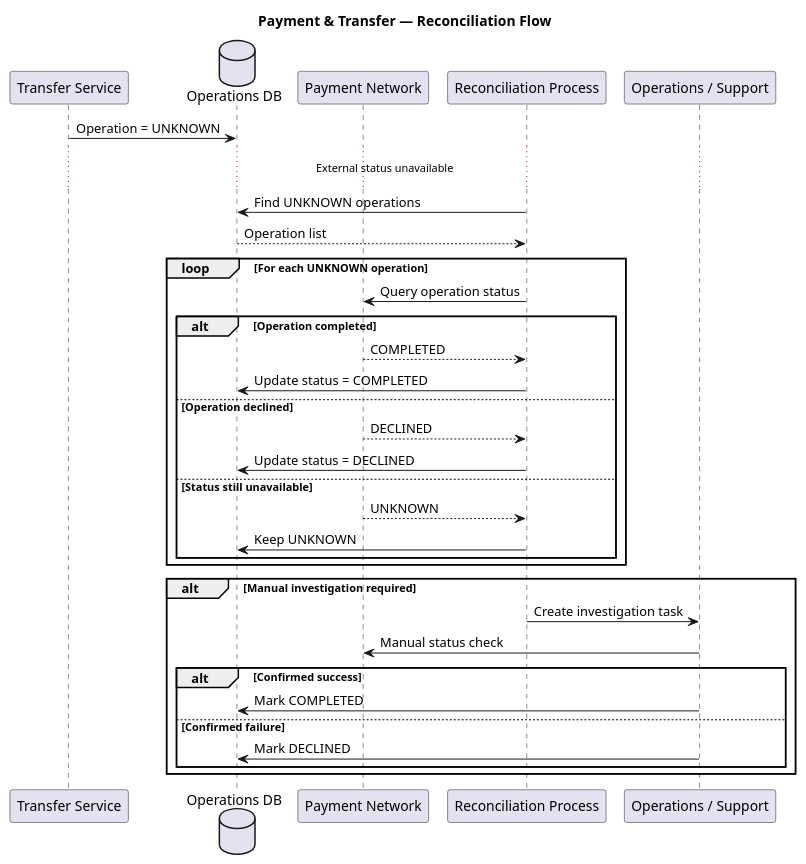
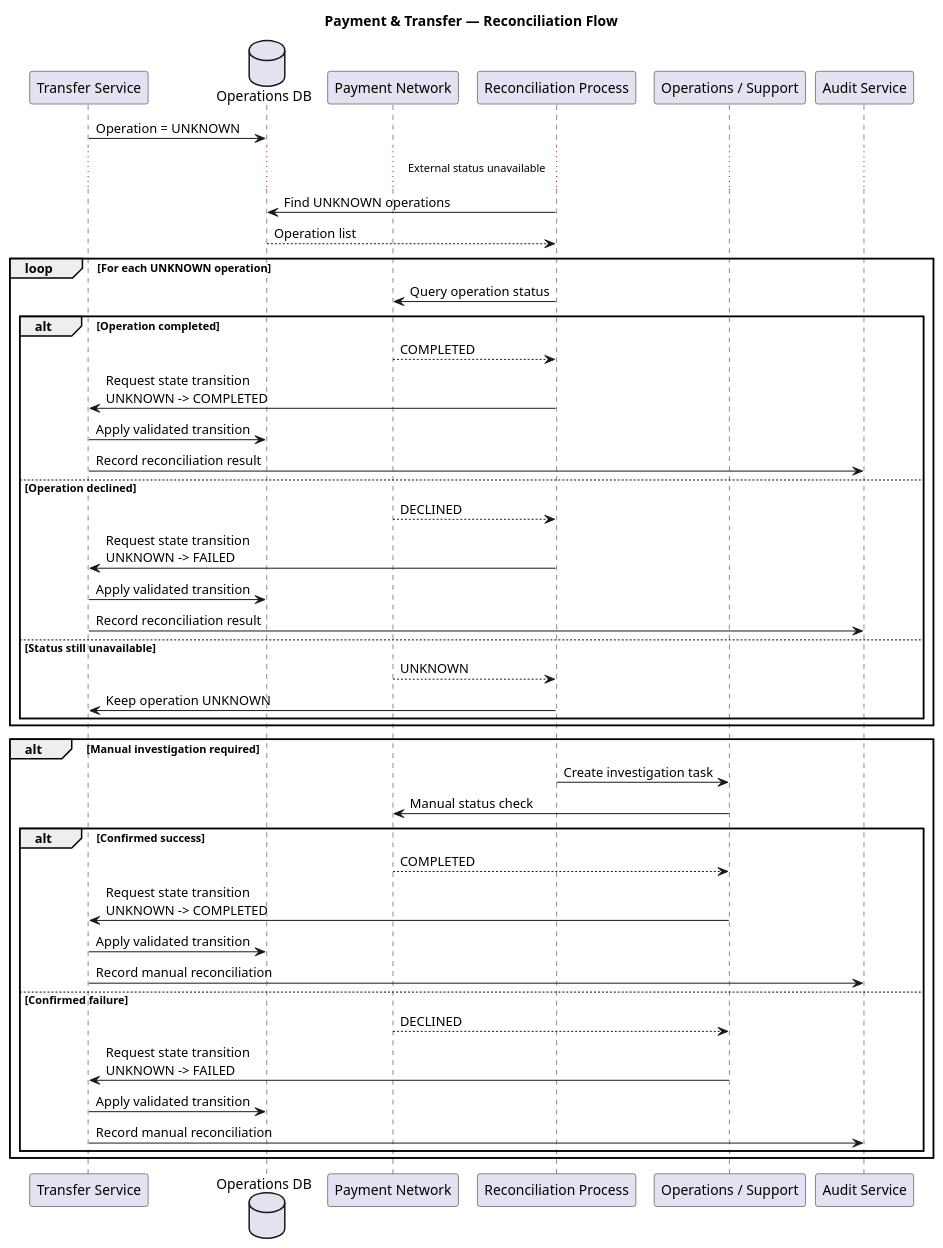
Before and after one commit to konstantin-kuzovkin/architecture-portfolio: the diagram in 01-payment-transfer-architecture/diagrams/reconciliation.puml, drawn with PlantUML.

```diff
--- a/01-payment-transfer-architecture/diagrams/reconciliation.puml
+++ b/01-payment-transfer-architecture/diagrams/reconciliation.puml
@@ -1,34 +1,69 @@
 @startuml
+
 title Payment & Transfer — Reconciliation Flow
+
 participant "Transfer Service" as Transfer
 database "Operations DB" as DB
 participant "Payment Network" as Network
 participant "Reconciliation Process" as Recon
 participant "Operations / Support" as Support
+participant "Audit Service" as Audit
+
 Transfer -> DB : Operation = UNKNOWN
+
 ... External status unavailable ...
+
 Recon -> DB : Find UNKNOWN operations
 DB --> Recon : Operation list
+
 loop For each UNKNOWN operation
+
     Recon -> Network : Query operation status
+
     alt Operation completed
+
         Network --> Recon : COMPLETED
-        Recon -> DB : Update status = COMPLETED
+        Recon -> Transfer : Request state transition\nUNKNOWN -> COMPLETED
+        Transfer -> DB : Apply validated transition
+        Transfer -> Audit : Record reconciliation result
+
     else Operation declined
+
         Network --> Recon : DECLINED
-        Recon -> DB : Update status = DECLINED
+        Recon -> Transfer : Request state transition\nUNKNOWN -> FAILED
+        Transfer -> DB : Apply validated transition
+        Transfer -> Audit : Record reconciliation result
+
     else Status still unavailable
+
         Network --> Recon : UNKNOWN
-        Recon -> DB : Keep UNKNOWN
+        Recon -> Transfer : Keep operation UNKNOWN
+
     end
+
 end
+
 alt Manual investigation required
+
     Recon -> Support : Create investigation task
     Support -> Network : Manual status check
+
     alt Confirmed success
-        Support -> DB : Mark COMPLETED
+
+        Network --> Support : COMPLETED
+        Support -> Transfer : Request state transition\nUNKNOWN -> COMPLETED
+        Transfer -> DB : Apply validated transition
+        Transfer -> Audit : Record manual reconciliation
+
     else Confirmed failure
-        Support -> DB : Mark DECLINED
+
+        Network --> Support : DECLINED
+        Support -> Transfer : Request state transition\nUNKNOWN -> FAILED
+        Transfer -> DB : Apply validated transition
+        Transfer -> Audit : Record manual reconciliation
+
     end
+
 end
+
 @enduml
```
